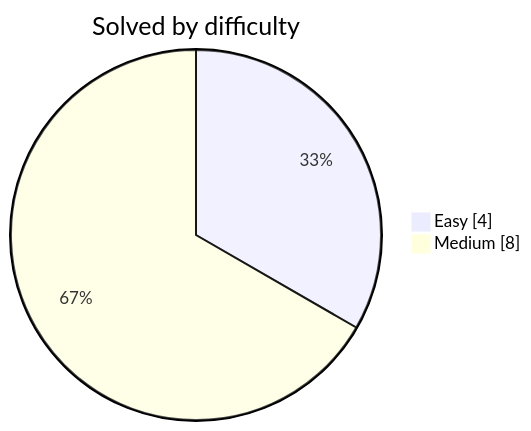
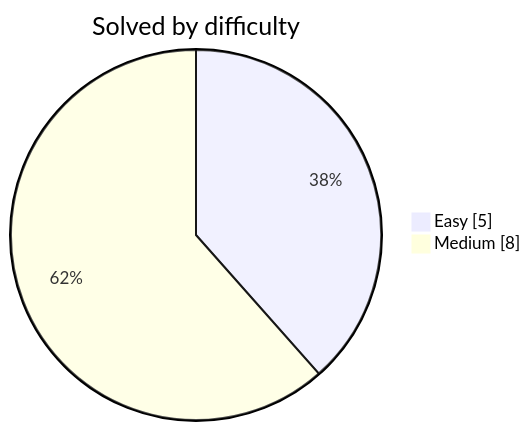
Before and after one commit to DwijeshD/leetcode-solutions: the diagram in README.md, drawn with Mermaid. The commit also changed other lines of this file and 2 other files, not shown here.

````diff
--- a/README.md
+++ b/README.md
@@ -31,6 +31,6 @@
 ```mermaid
 pie showData
     title Solved by difficulty
-    "Easy" : 4
+    "Easy" : 5
     "Medium" : 8
 ```
````
